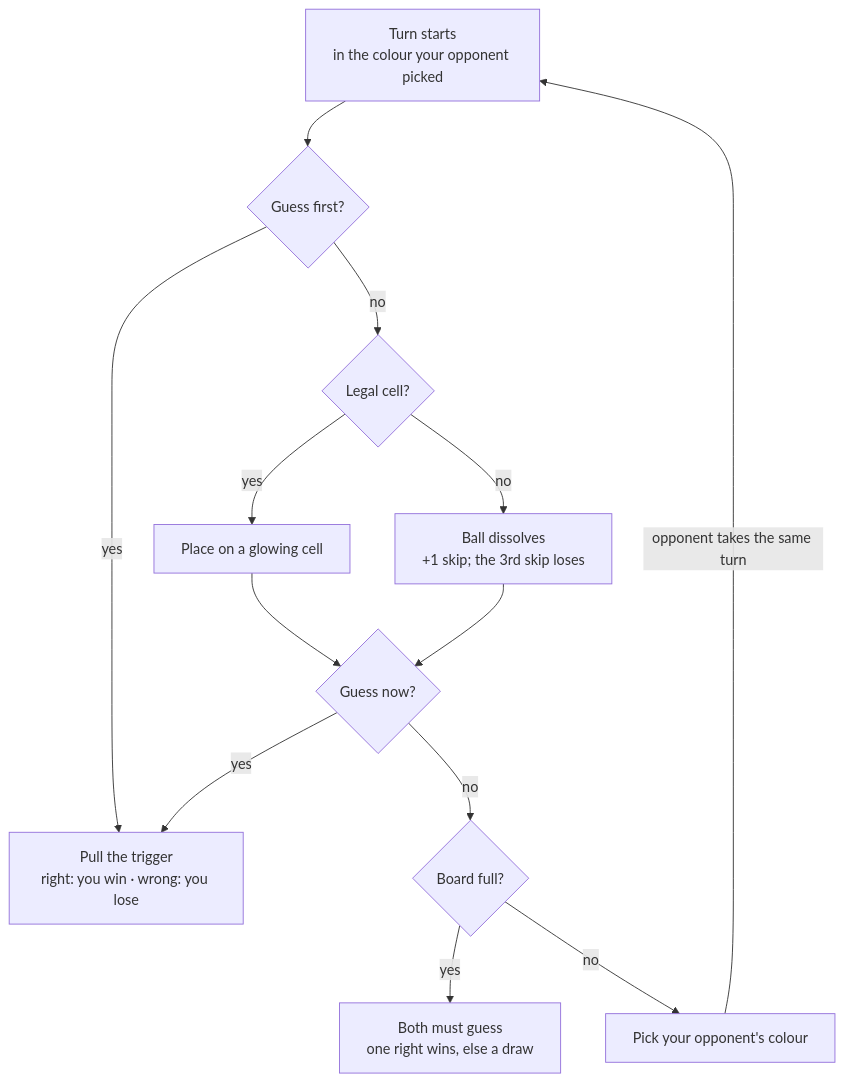
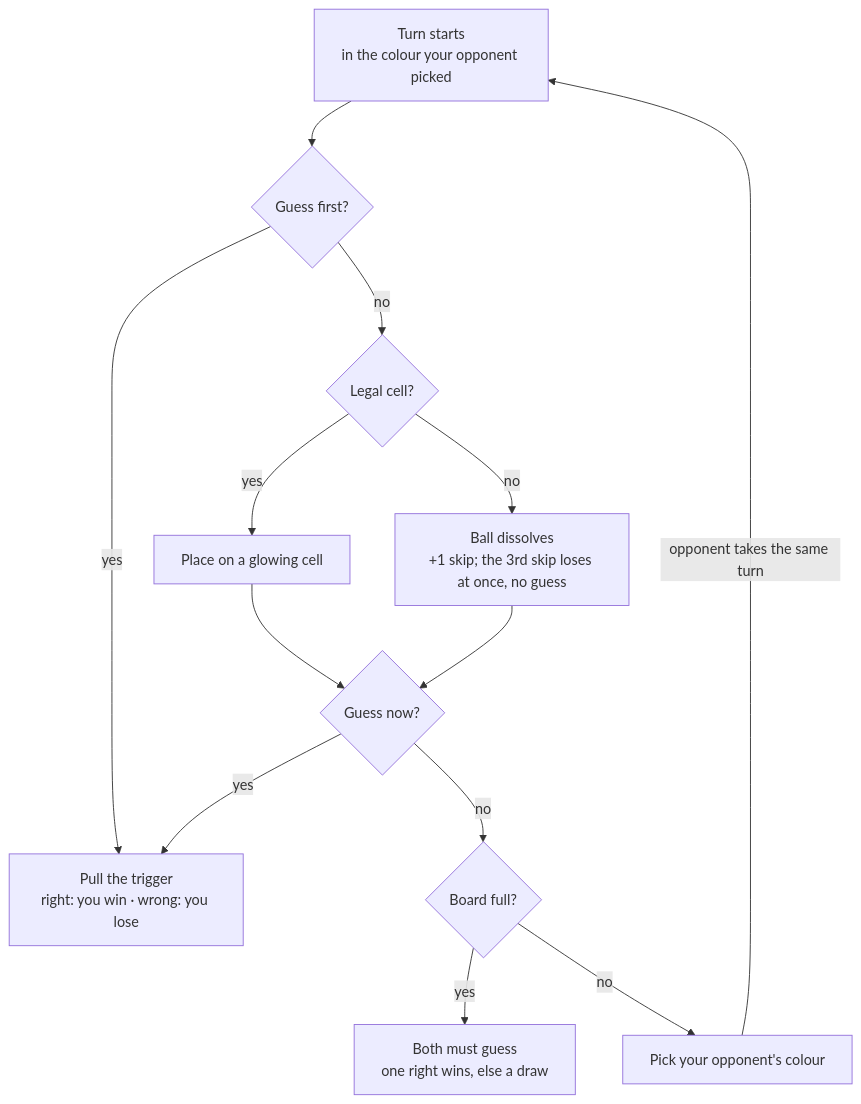
The first of 2 diagrams in docs/game-design-document.md (BlueDespero/Ballen), drawn with Mermaid before and after one commit. The commit also changed other lines of this file, not shown here.

Commit message:
Make the third skip lose at once in the GDD
The GDD said 3 skips lose but also offered a guess after any skip, so
it was unclear whether the third skip still allowed one. The design
session settled it: the third skip ends the match with no guess.

Refs #44

````diff
--- a/docs/game-design-document.md
+++ b/docs/game-design-document.md
@@ -38,15 +38,15 @@
 ```mermaid
 flowchart TD
     start["Turn starts<br/>in the colour your opponent picked"] --> first{"Guess first?"}
     first -- yes --> trigger["Pull the trigger<br/>right: you win · wrong: you lose"]
     first -- no --> legal{"Legal cell?"}
     legal -- yes --> place["Place on a glowing cell"]
-    legal -- no --> removed["Ball dissolves<br/>+1 skip; the 3rd skip loses"]
+    legal -- no --> removed["Ball dissolves<br/>+1 skip; the 3rd skip loses at once, no guess"]
     place --> guess{"Guess now?"}
     removed --> guess
     guess -- yes --> trigger
     guess -- no --> full{"Board full?"}
     full -- yes --> both["Both must guess<br/>one right wins, else a draw"]
     full -- no --> pick["Pick your opponent's colour"]
     pick -- "opponent takes the same turn" --> start
 ```
````
